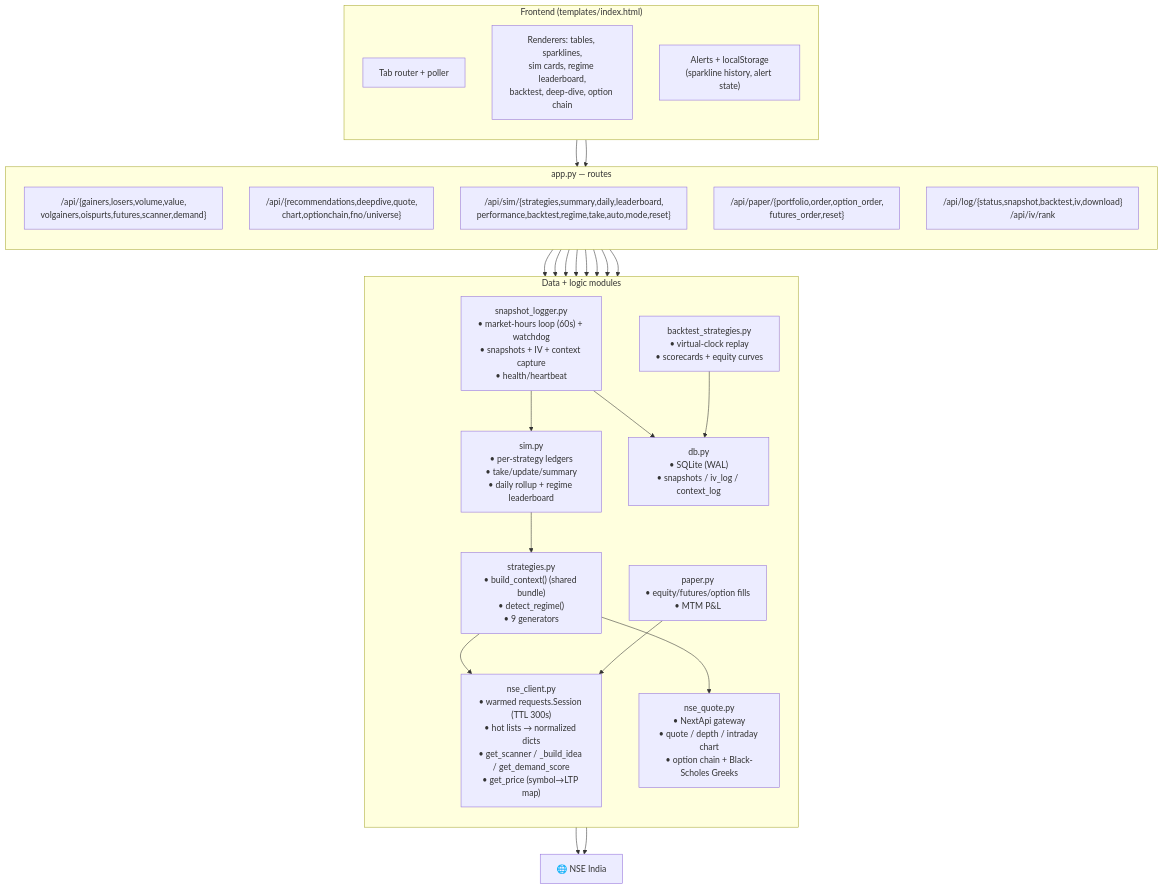
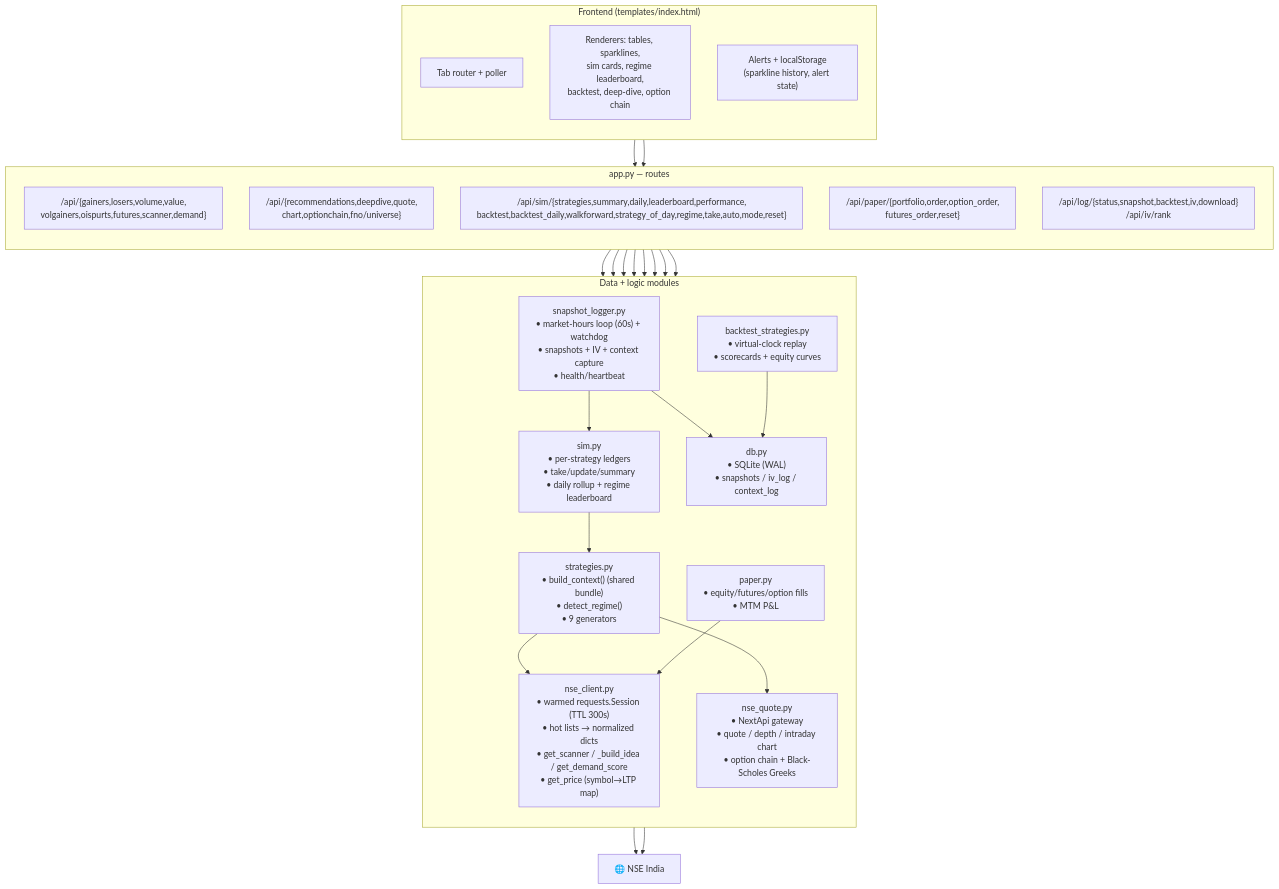
One commit to aakash-jain-1/nse-market-pulse changed the third of 8 diagrams in README.md. Above: the diagram before and after it, drawn with Mermaid. The commit also changed other lines of this file and 8 other files, not shown here.

````diff
--- a/README.md
+++ b/README.md
@@ -228,47 +228,47 @@
 ```mermaid
 flowchart TB
     subgraph FE["Frontend (templates/index.html)"]
         direction TB
         TABS["Tab router + poller"]
         REND["Renderers: tables, sparklines,<br/>sim cards, regime leaderboard,<br/>backtest, deep-dive, option chain"]
         ALERT["Alerts + localStorage<br/>(sparkline history, alert state)"]
     end
 
     subgraph API["app.py — routes"]
         direction TB
         R1["/api/{gainers,losers,volume,value,<br/>volgainers,oispurts,futures,scanner,demand}"]
         R2["/api/{recommendations,deepdive,quote,<br/>chart,optionchain,fno/universe}"]
-        R3["/api/sim/{strategies,summary,daily,leaderboard,<br/>performance,backtest,regime,take,auto,mode,reset}"]
+        R3["/api/sim/{strategies,summary,daily,leaderboard,performance,<br/>backtest,backtest_daily,walkforward,strategy_of_day,regime,take,auto,mode,reset}"]
         R4["/api/paper/{portfolio,order,option_order,<br/>futures_order,reset}"]
         R5["/api/log/{status,snapshot,backtest,iv,download}<br/>/api/iv/rank"]
     end
 
     subgraph DATA["Data + logic modules"]
         direction TB
         NC["nse_client.py<br/>• warmed requests.Session (TTL 300s)<br/>• hot lists → normalized dicts<br/>• get_scanner / _build_idea / get_demand_score<br/>• get_price (symbol→LTP map)"]
         NQ["nse_quote.py<br/>• NextApi gateway<br/>• quote / depth / intraday chart<br/>• option chain + Black-Scholes Greeks"]
         ST["strategies.py<br/>• build_context() (shared bundle)<br/>• detect_regime()<br/>• 9 generators"]
         SM["sim.py<br/>• per-strategy ledgers<br/>• take/update/summary<br/>• daily rollup + regime leaderboard"]
         BK["backtest_strategies.py<br/>• virtual-clock replay<br/>• scorecards + equity curves"]
         PP["paper.py<br/>• equity/futures/option fills<br/>• MTM P&L"]
         SL["snapshot_logger.py<br/>• market-hours loop (60s) + watchdog<br/>• snapshots + IV + context capture<br/>• health/heartbeat"]
         DBM["db.py<br/>• SQLite (WAL)<br/>• snapshots / iv_log / context_log"]
     end
 
     NSEAPI["🌐 NSE India"]
 
     TABS --> API
     REND --> API
     R1 --> NC
     R2 --> NC & NQ
     R3 --> SM & BK & ST
     R4 --> PP
     R5 --> SL
     NC --> NSEAPI
     NQ --> NSEAPI
     ST --> NC & NQ
     SM --> ST
     SL --> SM & DBM
     BK --> DBM
     PP --> NC
 ```
````
